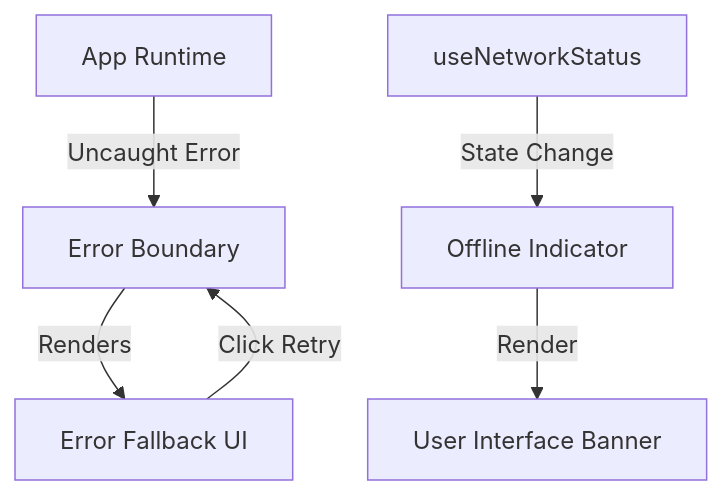
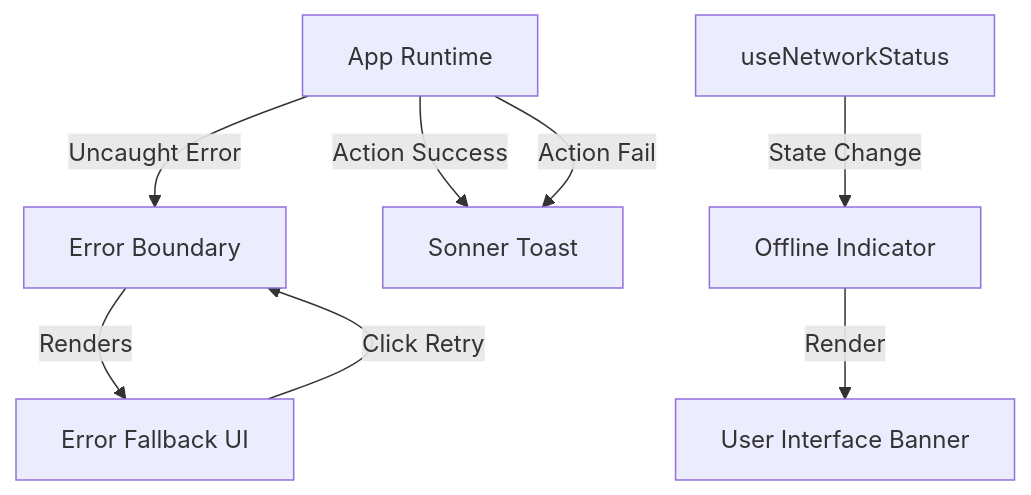
The diagram in docs/features/FR-012_Stability_And_Errors.md (JStaRFilms/jstar-fyb-service), drawn with Mermaid before and after one commit. The commit also changed other lines of this file and 3 other files, not shown here.

````diff
--- a/docs/features/FR-012_Stability_And_Errors.md
+++ b/docs/features/FR-012_Stability_And_Errors.md
@@ -45,9 +54,12 @@
 ```mermaid
 flowchart TD
     App[App Runtime] -->|Uncaught Error| EB[Error Boundary]
     EB -->|Renders| EF[Error Fallback UI]
     EF -->|Click Retry| EB
     
+    App -->|Action Success| Toast[Sonner Toast]
+    App -->|Action Fail| Toast
+    
     Hook[useNetworkStatus] -->|State Change| OI[Offline Indicator]
     OI -->|Render| UI[User Interface Banner]
 ```
````
